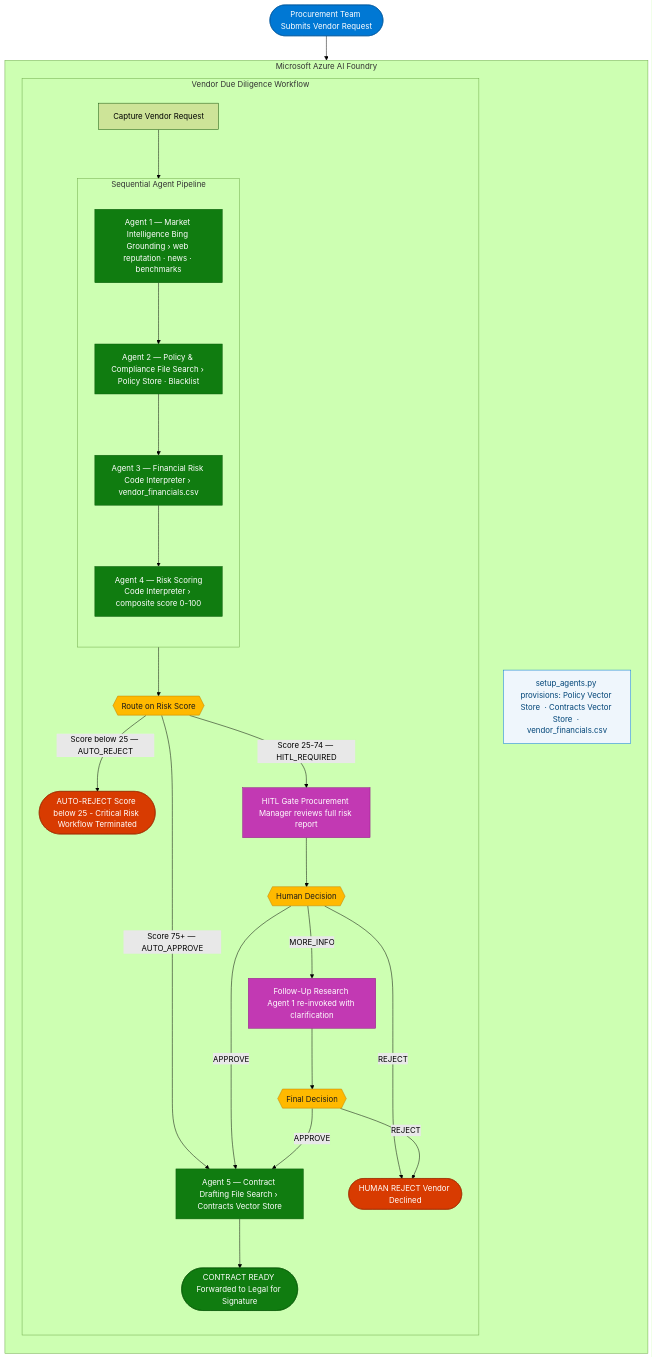
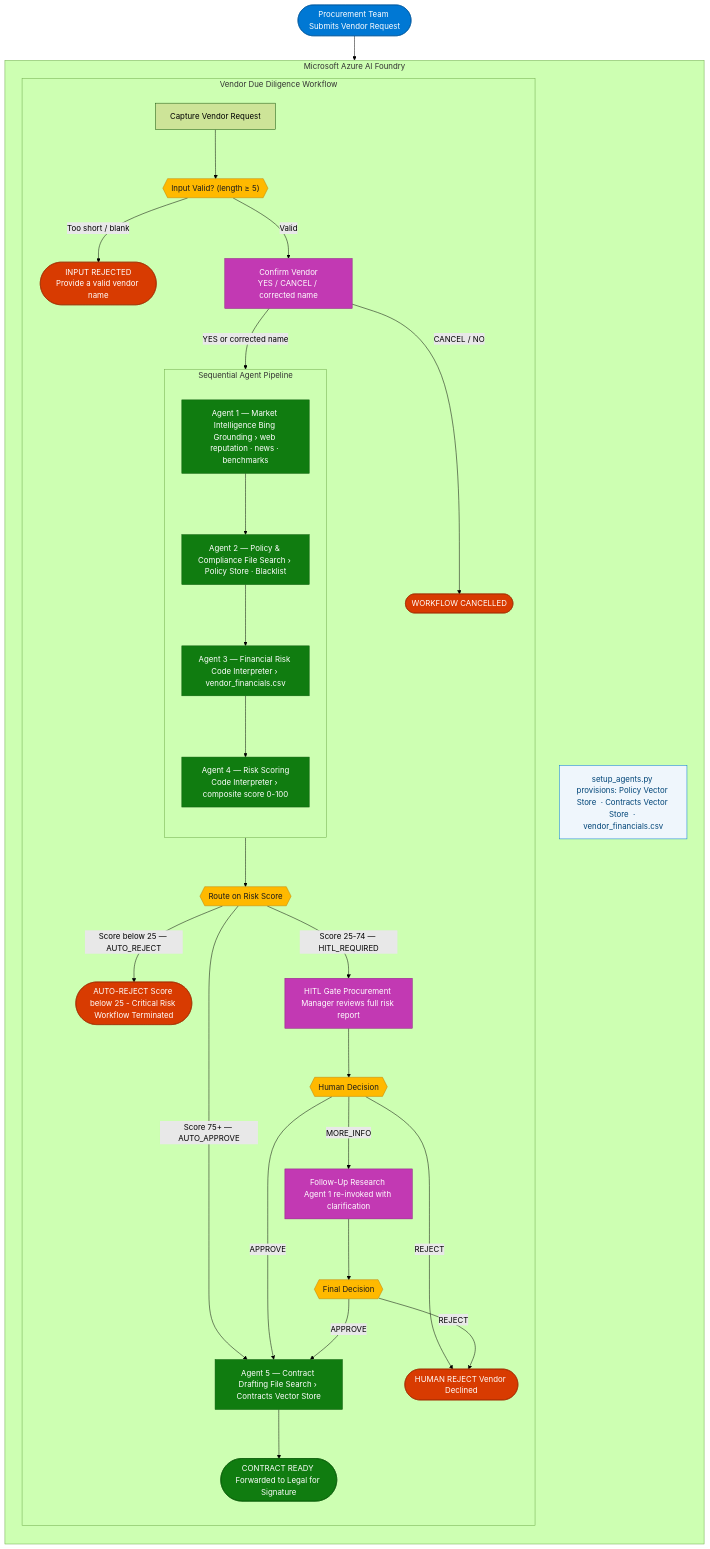
Before and after one commit to strudel0209/FoundryWorkflows: the diagram in README.md, drawn with Mermaid (forest theme). The commit also changed other lines of this file and 3 other files, not shown here.

````diff
--- a/README.md
+++ b/README.md
@@ -76,6 +77,15 @@
 
         STEP0["Capture Vendor Request"]
 
+        GUARD1{{"Input Valid? (length ≥ 5)"}}
+        STEP0 --> GUARD1
+        GUARD1 -->|"Too short / blank"| REJECT0(["INPUT REJECTED\nProvide a valid vendor name"])
+
+        CONFIRM["Confirm Vendor\nYES / CANCEL / corrected name"]
+        GUARD1 -->|"Valid"| CONFIRM
+
+        CONFIRM -->|"CANCEL / NO"| CANCEL0(["WORKFLOW CANCELLED"])
+
         subgraph PIPE["Sequential Agent Pipeline"]
           direction TB
           A1["Agent 1 — Market Intelligence Bing Grounding › web reputation · news · benchmarks"]
@@ -85,7 +95,7 @@
           A1 --> A2 --> A3 --> A4
         end
 
-        STEP0 --> A1
+        CONFIRM -->|"YES or corrected name"| A1
 
         ROUTE{{"Route on Risk Score"}}
         A4 --> ROUTE
@@ -124,9 +134,9 @@
 
     class USER trigger
     class A1,A2,A3,A4,CONTRACT agent
-    class HITL,MOREINFO human
-    class ROUTE,HUMAN_DEC,FINAL_DEC decision
+    class HITL,MOREINFO,CONFIRM human
+    class ROUTE,HUMAN_DEC,FINAL_DEC,GUARD1 decision
     class DONE approved
-    class REJECT1,REJECT2 rejected
+    class REJECT0,REJECT1,REJECT2,CANCEL0 rejected
     class INFRA infra
 ```
````
